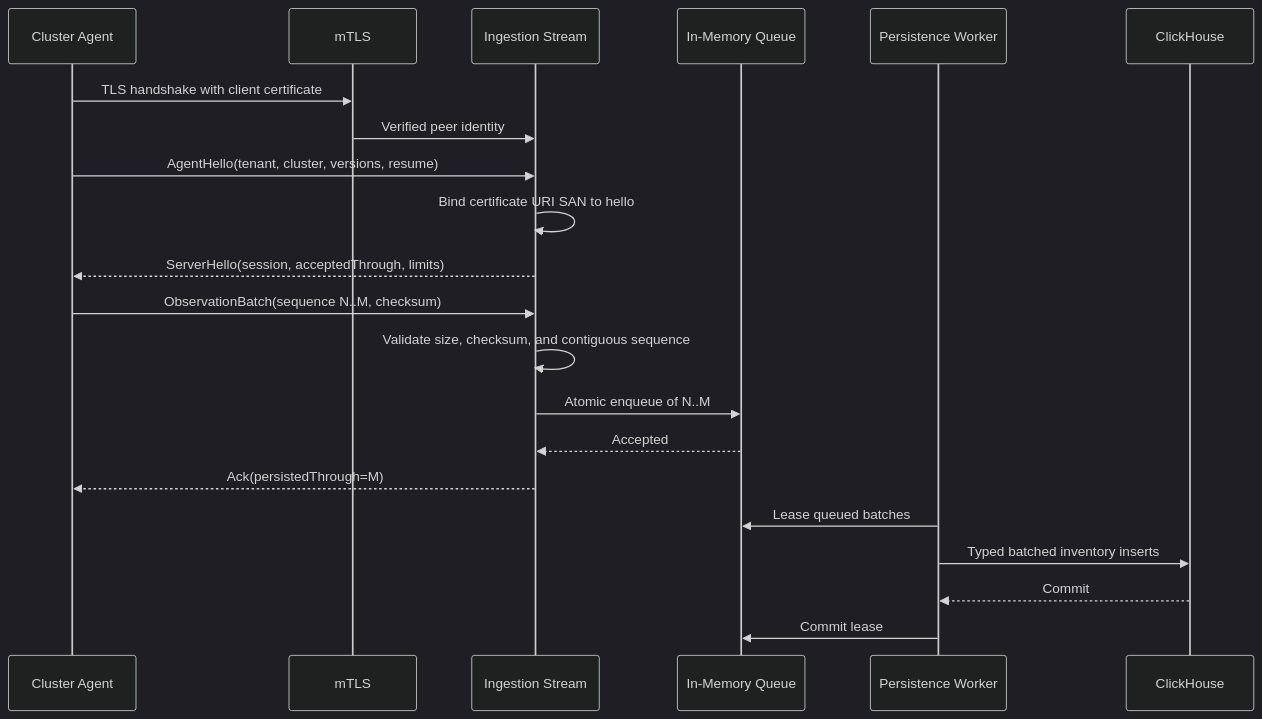
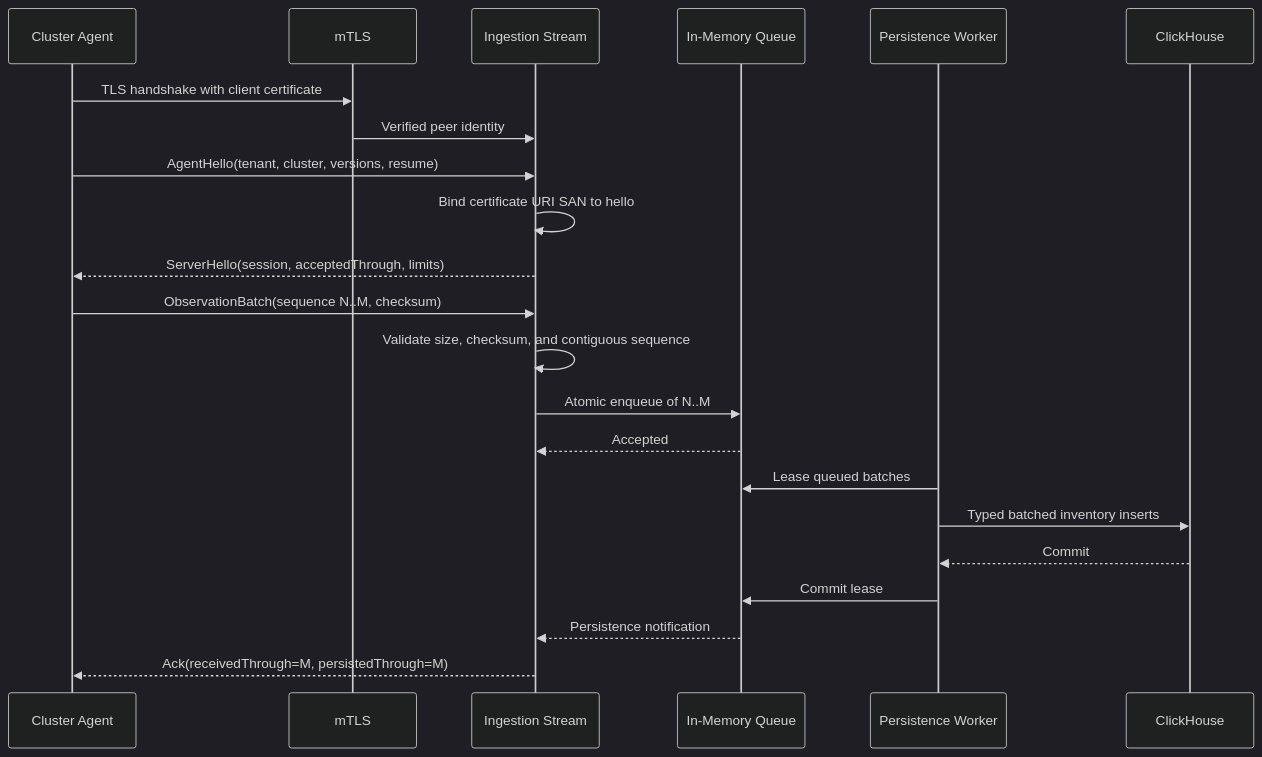
One commit to vinods21/kube-cost changed the first of 4 diagrams in docs/18-ingestion-service.md. Above: the diagram before and after it, drawn with Mermaid (dark theme). The commit also changed other lines of this file and 6 other files, not shown here.

````diff
--- a/docs/18-ingestion-service.md
+++ b/docs/18-ingestion-service.md
@@ -61,24 +62,25 @@
 ```mermaid
 sequenceDiagram
     participant A as Cluster Agent
     participant T as mTLS
     participant I as Ingestion Stream
     participant Q as In-Memory Queue
     participant P as Persistence Worker
     participant C as ClickHouse
 
     A->>T: TLS handshake with client certificate
     T->>I: Verified peer identity
     A->>I: AgentHello(tenant, cluster, versions, resume)
     I->>I: Bind certificate URI SAN to hello
     I-->>A: ServerHello(session, acceptedThrough, limits)
     A->>I: ObservationBatch(sequence N..M, checksum)
     I->>I: Validate size, checksum, and contiguous sequence
     I->>Q: Atomic enqueue of N..M
     Q-->>I: Accepted
-    I-->>A: Ack(persistedThrough=M)
     P->>Q: Lease queued batches
     P->>C: Typed batched inventory inserts
     C-->>P: Commit
     P->>Q: Commit lease
+    Q-->>I: Persistence notification
+    I-->>A: Ack(receivedThrough=M, persistedThrough=M)
 ```
````
